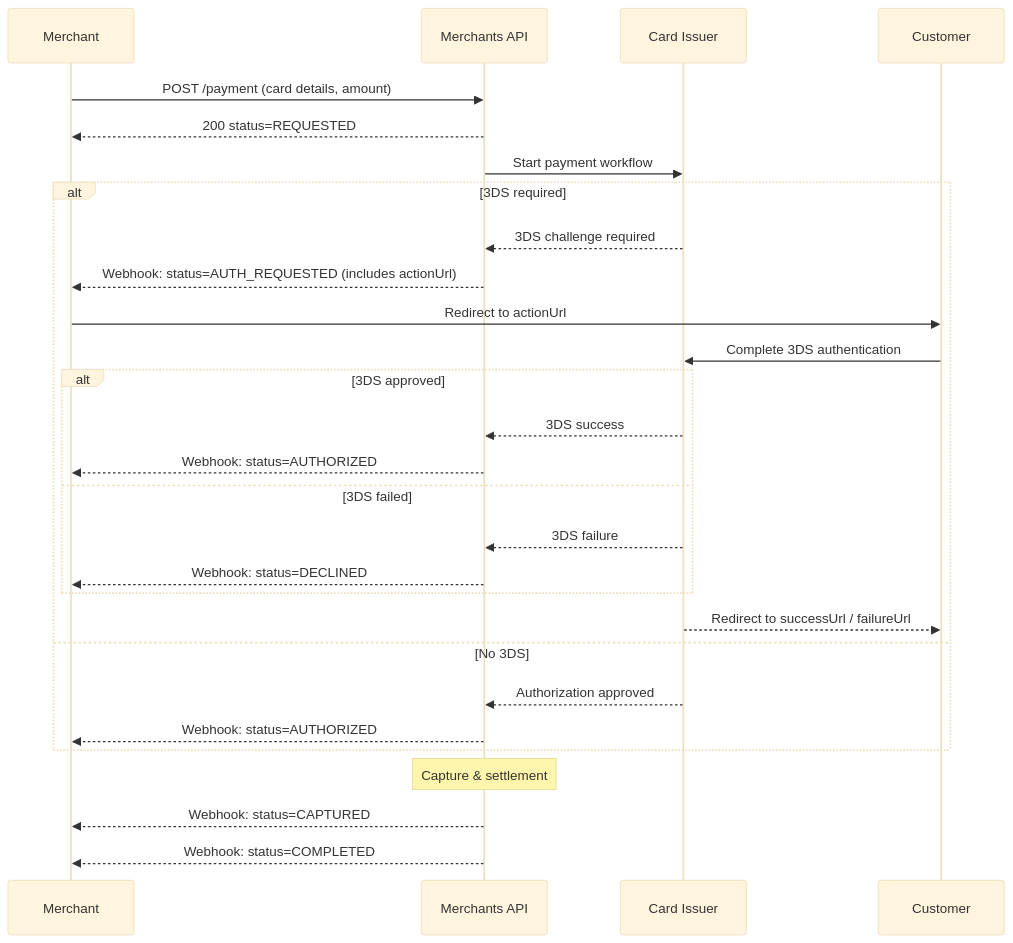
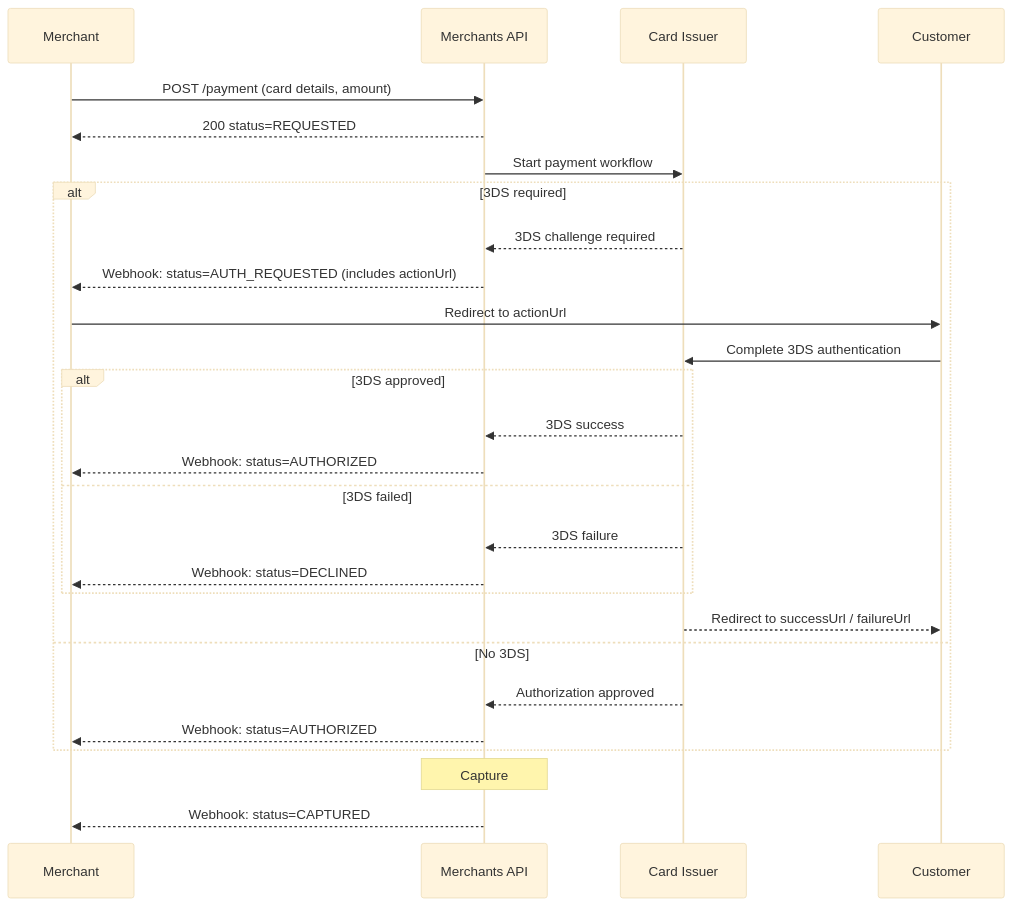
Before and after one commit to KumaaGroup/platform-merchant-api: the first of 5 diagrams in docs/card-payments.md, drawn with Mermaid (base theme). The commit also changed other lines of this file and 2 other files, not shown here.

````diff
--- a/docs/card-payments.md
+++ b/docs/card-payments.md
@@ -13,31 +13,30 @@
 ```mermaid
 sequenceDiagram
     participant M as Merchant
     participant API as Merchants API
     participant I as Card Issuer
     participant C as Customer
 
     M->>API: POST /payment (card details, amount)
     API-->>M: 200 status=REQUESTED
     API->>I: Start payment workflow
     alt 3DS required
         I-->>API: 3DS challenge required
         API-->>M: Webhook: status=AUTH_REQUESTED (includes actionUrl)
         M->>C: Redirect to actionUrl
         C->>I: Complete 3DS authentication
         alt 3DS approved
             I-->>API: 3DS success
             API-->>M: Webhook: status=AUTHORIZED
         else 3DS failed
             I-->>API: 3DS failure
             API-->>M: Webhook: status=DECLINED
         end
         I-->>C: Redirect to successUrl / failureUrl
     else No 3DS
         I-->>API: Authorization approved
         API-->>M: Webhook: status=AUTHORIZED
     end
-    Note over API: Capture & settlement
+    Note over API: Capture
     API-->>M: Webhook: status=CAPTURED
-    API-->>M: Webhook: status=COMPLETED
 ```
````
